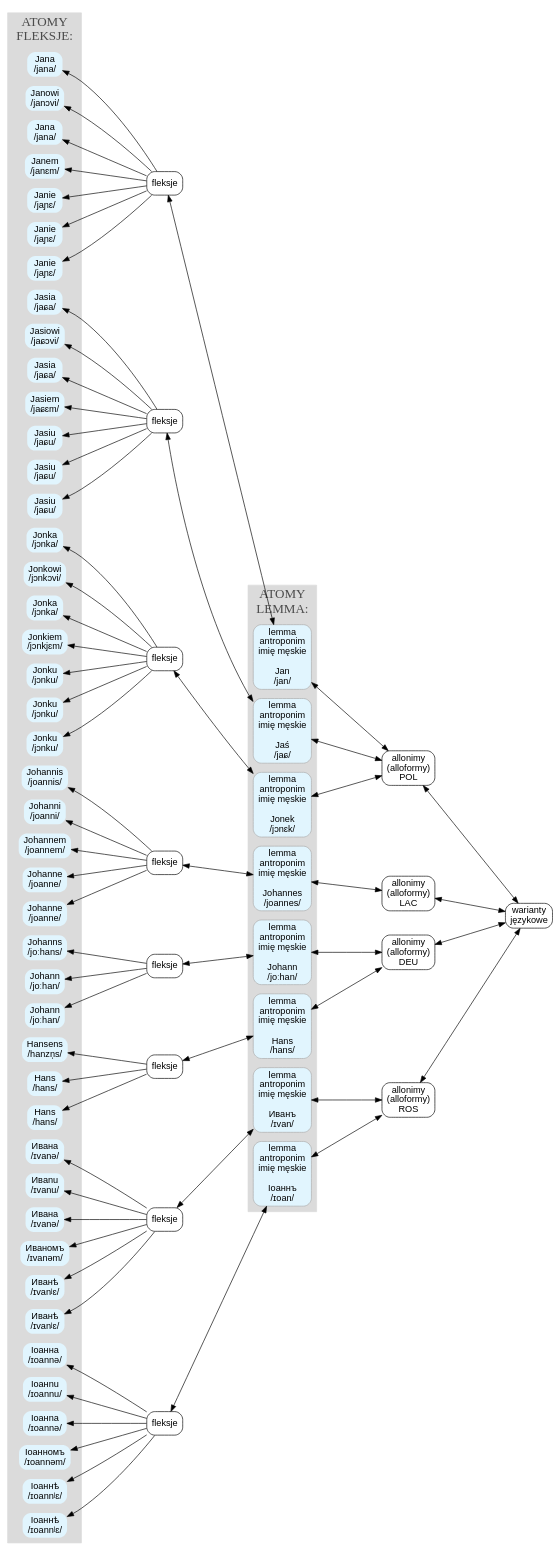
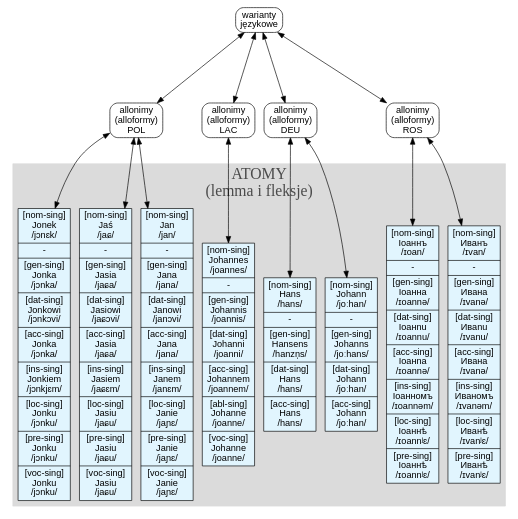
One commit to j-Cis/arboretum changed the second of 2 diagrams in README.md. Above: the diagram before and after it, drawn with Graphviz. The commit also changed 2 other files, not shown here.

````diff
--- a/README.md
+++ b/README.md
@@ -189,6 +193,6 @@
 ```graphviz
 digraph G {
-    rankdir=RL;
+    rankdir=TB;
     fontname="Arial"
     compound=true;
     nodesep=0.2; 
@@ -196,84 +200,25 @@
 
     node [fontname="Arial", shape=box, style="filled,rounded", fillcolor="#e1f5fe", penwidth=0];
 
-    subgraph cluster_fleksje_atomy {
-        label = "ATOMY\nFLEKSJE:";
+    subgraph cluster_atomy {
+        label = "ATOMY\n(lemma i fleksje)";
         fontname="Arial Bold";
-        fontsize=20;
+        fontsize=24;
         fontcolor="#4b4b4b";
-        style=filled;
-        color="#dbdbdb";
-
-        f1_gen_sing [label="Jana\n/jana/"];
-        f1_dat_sing [label="Janowi\n/janɔvi/"];
-        f1_acc_sing [label="Jana\n/jana/"];
-        f1_ins_sing [label="Janem\n/janɛm/"];
-        f1_loc_sing [label="Janie\n/jaɲɛ/"];
-        f1_pre_sing [label="Janie\n/jaɲɛ/"];
-        f1_voc_sing [label="Janie\n/jaɲɛ/"];
-
-        f2_gen_sing [label="Jasia\n/jaɕa/"];
-        f2_dat_sing [label="Jasiowi\n/jaɕɔvi/"];
-        f2_acc_sing [label="Jasia\n/jaɕa/"];
-        f2_ins_sing [label="Jasiem\n/jaɕɛm/"];
-        f2_loc_sing [label="Jasiu\n/jaɕu/"];
-        f2_pre_sing [label="Jasiu\n/jaɕu/"];
-        f2_voc_sing [label="Jasiu\n/jaɕu/"];
+        style=filled; color="#dbdbdb";
         
-        f3_gen_sing [label="Jonka\n/jɔnka/"];
-        f3_dat_sing [label="Jonkowi\n/jɔnkɔvi/"];
-        f3_acc_sing [label="Jonka\n/jɔnka/"];
-        f3_ins_sing [label="Jonkiem\n/jɔnkjɛm/"];
-        f3_loc_sing [label="Jonku\n/jɔnku/"];
-        f3_pre_sing [label="Jonku\n/jɔnku/"];
-        f3_voc_sing [label="Jonku\n/jɔnku/"];
-
-        f4_gen_sing [label="Johannis\n/joannis/"];
-        f4_dat_sing [label="Johanni\n/joanni/"];
-        f4_acc_sing [label="Johannem\n/joannem/"];
-        f4_abl_sing [label="Johanne\n/joanne/"];
-        f4_voc_sing [label="Johanne\n/joanne/"];
-
-        f5_gen_sing [label="Johanns\n/joːhans/"];
-        f5_dat_sing [label="Johann\n/joːhan/"];
-        f5_acc_sing [label="Johann\n/joːhan/"];
-
-        f6_gen_sing [label="Hansens\n/hanzn̩s/"];
-        f6_dat_sing [label="Hans\n/hans/"];
-        f6_acc_sing [label="Hans\n/hans/"];
-
-        f7_gen_sing [label="Ивана\n/ɪvanə/"];
-        f7_dat_sing [label="Иваnu\n/ɪvanu/"];
-        f7_acc_sing [label="Ивана\n/ɪvanə/"];
-        f7_ins_sing [label="Иваномъ\n/ɪvanəm/"];
-        f7_loc_sing [label="Иванѣ\n/ɪvanʲɛ/"];
-        f7_pre_sing [label="Иванѣ\n/ɪvanʲɛ/"];
-
-        f8_gen_sing [label="Іоанна\n/ɪoannə/"];
-        f8_dat_sing [label="Іоанnu\n/ɪoannu/"];
-        f8_acc_sing [label="Іоанna\n/ɪoannə/"];
-        f8_ins_sing [label="Іоанномъ\n/ɪoannəm/"];
-        f8_loc_sing [label="Іоаннѣ\n/ɪoannʲɛ/"];
-        f8_pre_sing [label="Іоаннѣ\n/ɪoannʲɛ/"];
+        node [style="filled", fillcolor="#e1f5fe", shape=record, penwidth=1, color="black", fontname="Arial", fontsize=14];
+        
+        f1 [label="{ [nom-sing]\nJan\n/jan/ | - | [gen-sing]\nJana\n/jana/ | [dat-sing]\nJanowi\n/janɔvi/ | [acc-sing]\nJana\n/jana/ | [ins-sing]\nJanem\n/janɛm/ | [loc-sing]\nJanie\n/jaɲɛ/ | [pre-sing]\nJanie\n/jaɲɛ/ | [voc-sing]\nJanie\n/jaɲɛ/ }"];
+        f2 [label="{ [nom-sing]\nJaś\n/jaɕ/ | - | [gen-sing]\nJasia\n/jaɕa/ | [dat-sing]\nJasiowi\n/jaɕɔvi/ | [acc-sing]\nJasia\n/jaɕa/ | [ins-sing]\nJasiem\n/jaɕɛm/ | [loc-sing]\nJasiu\n/jaɕu/ | [pre-sing]\nJasiu\n/jaɕu/ | [voc-sing]\nJasiu\n/jaɕu/ }"];
+        f3 [label="{ [nom-sing]\nJonek\n/jɔnɛk/ | - | [gen-sing]\nJonka\n/jɔnka/ | [dat-sing]\nJonkowi\n/jɔnkɔvi/ | [acc-sing]\nJonka\n/jɔnka/ | [ins-sing]\nJonkiem\n/jɔnkjɛm/ | [loc-sing]\nJonku\n/jɔnku/ | [pre-sing]\nJonku\n/jɔnku/ | [voc-sing]\nJonku\n/jɔnku/ }"];
+        f4 [label="{ [nom-sing]\nJohannes\n/joannes/ | - | [gen-sing]\nJohannis\n/joannis/ | [dat-sing]\nJohanni\n/joanni/ | [acc-sing]\nJohannem\n/joannem/ | [abl-sing]\nJohanne\n/joanne/ | [voc-sing]\nJohanne\n/joanne/ }"];
+        f5 [label="{ [nom-sing]\nJohann\n/joːhan/ | - | [gen-sing]\nJohanns\n/joːhans/ | [dat-sing]\nJohann\n/joːhan/ | [acc-sing]\nJohann\n/joːhan/ }"];
+        f6 [label="{ [nom-sing]\nHans\n/hans/ | - | [gen-sing]\nHansens\n/hanzn̩s/ | [dat-sing]\nHans\n/hans/ | [acc-sing]\nHans\n/hans/ }"];
+        f7 [label="{ [nom-sing]\nИванъ\n/ɪvan/ | - | [gen-sing]\nИвана\n/ɪvanə/ | [dat-sing]\nИваnu\n/ɪvanu/ | [acc-sing]\nИвана\n/ɪvanə/ | [ins-sing]\nИваномъ\n/ɪvanəm/ | [loc-sing]\nИванѣ\n/ɪvanʲɛ/ | [pre-sing]\nИванѣ\n/ɪvanʲɛ/ }"];
+        f8 [label="{ [nom-sing]\nІоаннъ\n/ɪoan/ | - | [gen-sing]\nІоанна\n/ɪoannə/ | [dat-sing]\nІоанnu\n/ɪoannu/ | [acc-sing]\nІоанna\n/ɪoannə/ | [ins-sing]\nІоанномъ\n/ɪoannəm/ | [loc-sing]\nІоаннѣ\n/ɪoannʲɛ/ | [pre-sing]\nІоаннѣ\n/ɪoannʲɛ/ }"];
     }
 
-    subgraph cluster_lemma_atomy {
-        label = "ATOMY\nLEMMA:";
-        fontname="Arial Bold";
-        fontsize=20;
-        fontcolor="#4b4b4b";
-        style=filled;
-        color="#dbdbdb";
-        
-        f1_nom_sing [label="lemma\nantroponim\nimię męskie\n\nJan\n/jan/", penwidth=1, color="#ababab"];
-        f2_nom_sing [label="lemma\nantroponim\nimię męskie\n\nJaś\n/jaɕ/", penwidth=1, color="#ababab"];
-        f3_nom_sing [label="lemma\nantroponim\nimię męskie\n\nJonek\n/jɔnɛk/", penwidth=1, color="#ababab"];
-        f4_nom_sing [label="lemma\nantroponim\nimię męskie\n\nJohannes\n/joannes/", penwidth=1, color="#ababab"];
-        f5_nom_sing [label="lemma\nantroponim\nimię męskie\n\nJohann\n/joːhan/", penwidth=1, color="#ababab"];
-        f6_nom_sing [label="lemma\nantroponim\nimię męskie\n\nHans\n/hans/", penwidth=1, color="#ababab"];
-        f7_nom_sing [label="lemma\nantroponim\nimię męskie\n\nИванъ\n/ɪvan/", penwidth=1, color="#ababab"];
-        f8_nom_sing [label="lemma\nantroponim\nimię męskie\n\nІоаннъ\n/ɪoan/", penwidth=1, color="#ababab"];
-    }
 
     node [style="filled,rounded", fillcolor=white, penwidth=1, fontname="Arial"];    
     translacje1 [label="warianty\njęzykowe"];    
@@ -282,37 +227,15 @@
     alloformy3 [label="allonimy\n(alloformy)\nDEU"];
     alloformy4 [label="allonimy\n(alloformy)\nROS"];
 
-    fleksje1 [label="fleksje"];
-    fleksje2 [label="fleksje"];
-    fleksje3 [label="fleksje"];
-    fleksje4 [label="fleksje"];
-    fleksje5 [label="fleksje"];
-    fleksje6 [label="fleksje"];
-    fleksje7 [label="fleksje"];
-    fleksje8 [label="fleksje"];
+    translacje1 -> {alloformy1 alloformy2 alloformy3 alloformy4} [dir=both]; 
 
-    translacje1 -> {alloformy1 alloformy2 alloformy3 alloformy4} [dir=both];    
-    alloformy1 -> {f1_nom_sing f2_nom_sing f3_nom_sing} [dir=both];
-    alloformy2 -> {f4_nom_sing} [dir=both];
-    alloformy3 -> {f5_nom_sing f6_nom_sing} [dir=both];
-    alloformy4 -> {f7_nom_sing f8_nom_sing} [dir=both];
-
-    f1_nom_sing -> fleksje1 [dir=both];
-    f2_nom_sing -> fleksje2 [dir=both];
-    f3_nom_sing -> fleksje3 [dir=both];
-    f4_nom_sing -> fleksje4 [dir=both];
-    f5_nom_sing -> fleksje5 [dir=both];
-    f6_nom_sing -> fleksje6 [dir=both];
-    f7_nom_sing -> fleksje7 [dir=both];
-    f8_nom_sing -> fleksje8 [dir=both];
-
-    fleksje1 -> { f1_gen_sing f1_dat_sing f1_acc_sing f1_ins_sing f1_loc_sing f1_pre_sing f1_voc_sing };
-    fleksje2 -> { f2_gen_sing f2_dat_sing f2_acc_sing f2_ins_sing f2_loc_sing f2_pre_sing f2_voc_sing };
-    fleksje3 -> { f3_gen_sing f3_dat_sing f3_acc_sing f3_ins_sing f3_loc_sing f3_pre_sing f3_voc_sing };
-    fleksje4 -> { f4_gen_sing f4_dat_sing f4_acc_sing f4_abl_sing f4_voc_sing };
-    fleksje5 -> { f5_gen_sing f5_dat_sing f5_acc_sing };
-    fleksje6 -> { f6_gen_sing f6_dat_sing f6_acc_sing };
-    fleksje7 -> { f7_gen_sing f7_dat_sing f7_acc_sing f7_ins_sing f7_loc_sing f7_pre_sing };
-    fleksje8 -> { f8_gen_sing f8_dat_sing f8_acc_sing f8_ins_sing f8_loc_sing f8_pre_sing };
+    alloformy1 -> { f1 } [dir=both];
+    alloformy1 -> { f2 } [dir=both];
+    alloformy1 -> { f3 } [dir=both];
+    alloformy2 -> { f4 } [dir=both];
+    alloformy3 -> { f5 } [dir=both];
+    alloformy3 -> { f6 } [dir=both];
+    alloformy4 -> { f7 } [dir=both];
+    alloformy4 -> { f8 } [dir=both];
 }
 ```
````
